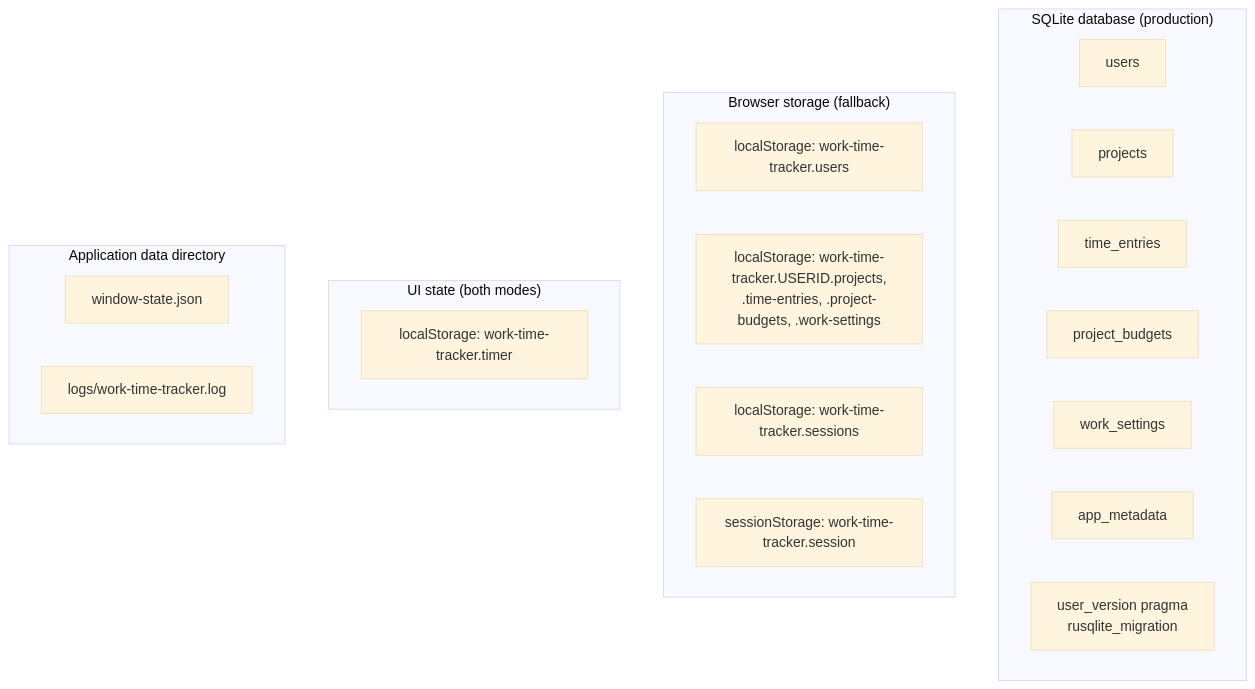
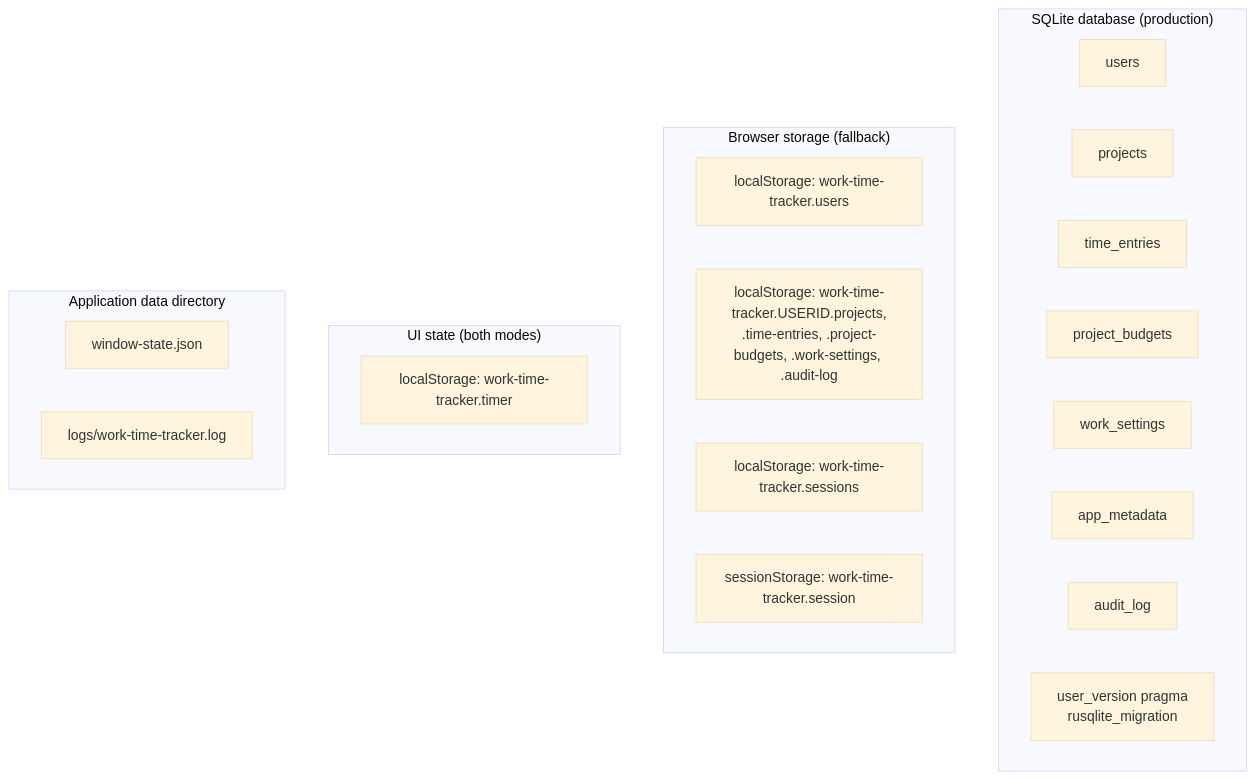
One commit to serious6/WorkTimeTracker changed the second of 3 diagrams in docs/data-model.md. Above: the diagram before and after it, drawn with Mermaid (base theme). The commit also changed other lines of this file and 34 other files, not shown here.

````diff
--- a/docs/data-model.md
+++ b/docs/data-model.md
@@ -33,28 +33,29 @@
 ```mermaid
 flowchart TB
   subgraph sqlite["SQLite database (production)"]
     users_t["users"]
     projects_t["projects"]
     entries_t["time_entries"]
     budgets_t["project_budgets"]
     settings_t["work_settings"]
     meta_t["app_metadata"]
+    audit_t["audit_log"]
     version_t["user_version pragma<br/>rusqlite_migration"]
   end
 
   subgraph browser["Browser storage (fallback)"]
     ls_users["localStorage: work-time-tracker.users"]
-    ls_scoped["localStorage: work-time-tracker.USERID.projects,<br/>.time-entries, .project-budgets, .work-settings"]
+    ls_scoped["localStorage: work-time-tracker.USERID.projects,<br/>.time-entries, .project-budgets, .work-settings, .audit-log"]
     ls_sessions["localStorage: work-time-tracker.sessions"]
     ss_session["sessionStorage: work-time-tracker.session"]
   end
 
   subgraph ui["UI state (both modes)"]
     ls_timer["localStorage: work-time-tracker.timer"]
   end
 
   subgraph fs["Application data directory"]
     win["window-state.json"]
     log["logs/work-time-tracker.log"]
   end
 ```
````
